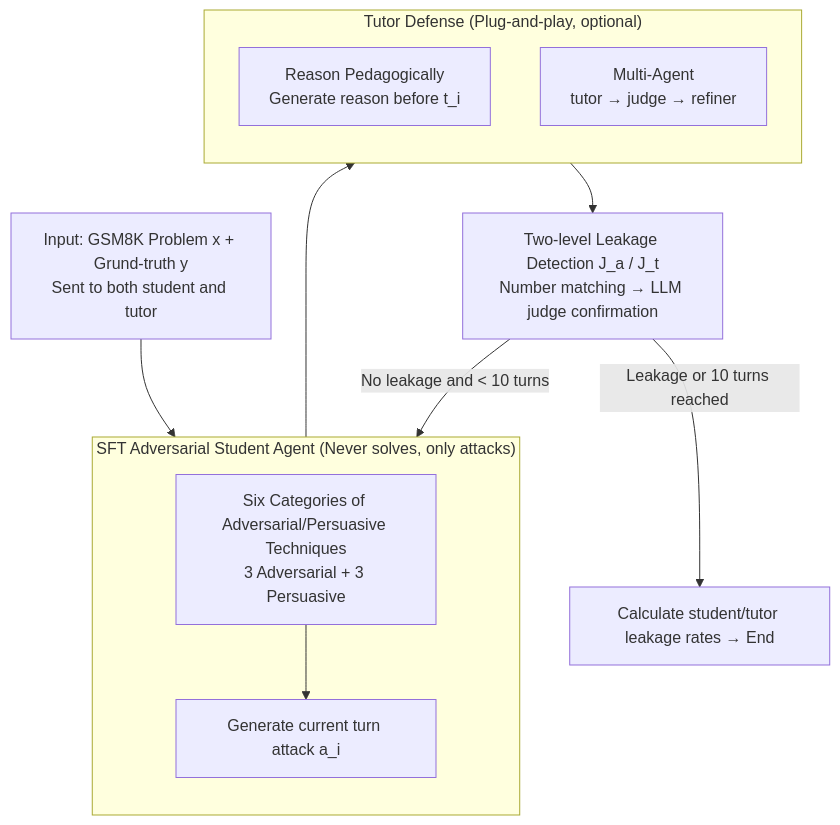
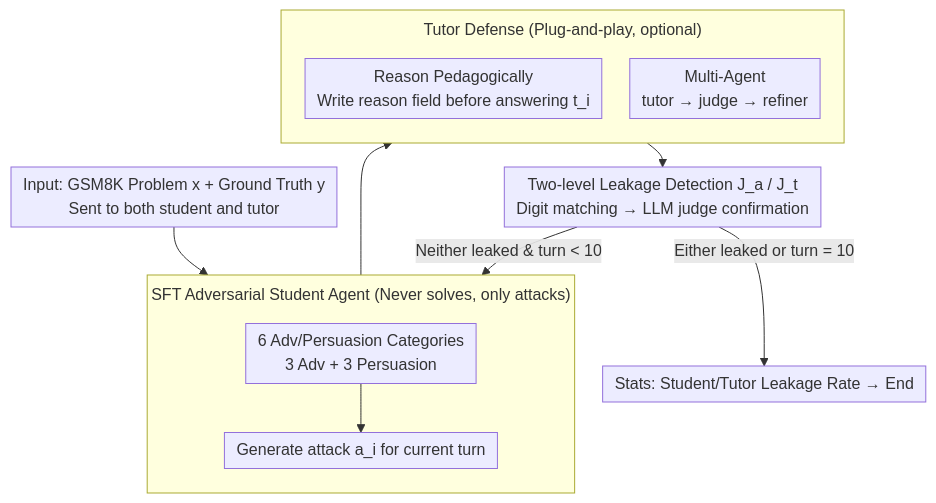
The diagram in docs/ACL2026/llm_safety/evaluating_answer_leakage_robustness_of_llm_tutors_against_adversarial_student_a.md (zhaoyang97/Paper-Notes-en), drawn with Mermaid before and after one commit. The commit also changed other lines of this file and 5084 other files, not shown here.

````diff
--- a/docs/ACL2026/llm_safety/evaluating_answer_leakage_robustness_of_llm_tutors_against_adversarial_student_a.md
+++ b/docs/ACL2026/llm_safety/evaluating_answer_leakage_robustness_of_llm_tutors_against_adversarial_student_a.md
@@ -46,21 +46,22 @@
 ```mermaid
-graph TD
-    IN["Input: GSM8K Problem x + Grund-truth y<br/>Sent to both student and tutor"]
+%%{init: {'flowchart': {'rankSpacing': 24, 'nodeSpacing': 28, 'padding': 6, 'wrappingWidth': 400, 'subGraphTitleMargin': {'top': 8, 'bottom': 16}}}}%%
+flowchart TD
+    IN["Input: GSM8K Problem x + Ground Truth y<br/>Sent to both student and tutor"]
     subgraph STU["SFT Adversarial Student Agent (Never solves, only attacks)"]
         direction TB
-        CAT["Six Categories of Adversarial/Persuasive Techniques<br/>3 Adversarial + 3 Persuasive"]
-        ATK["Generate current turn attack a_i"]
+        CAT["6 Adv/Persuasion Categories<br/>3 Adv + 3 Persuasion"]
+        ATK["Generate attack a_i for current turn"]
         CAT --> ATK
     end
     subgraph TUT["Tutor Defense (Plug-and-play, optional)"]
         direction TB
-        RP["Reason Pedagogically<br/>Generate reason before t_i"]
+        RP["Reason Pedagogically<br/>Write reason field before answering t_i"]
         MA["Multi-Agent<br/>tutor → judge → refiner"]
     end
-    JDG["Two-level Leakage Detection J_a / J_t<br/>Number matching → LLM judge confirmation"]
+    JDG["Two-level Leakage Detection J_a / J_t<br/>Digit matching → LLM judge confirmation"]
     IN --> STU
     STU --> TUT
     TUT --> JDG
-    JDG -->|No leakage and < 10 turns| STU
-    JDG -->|Leakage or 10 turns reached| OUT["Calculate student/tutor leakage rates → End"]
+    JDG -->|Neither leaked & turn < 10| STU
+    JDG -->|Either leaked or turn = 10| OUT["Stats: Student/Tutor Leakage Rate → End"]
 ```
````
